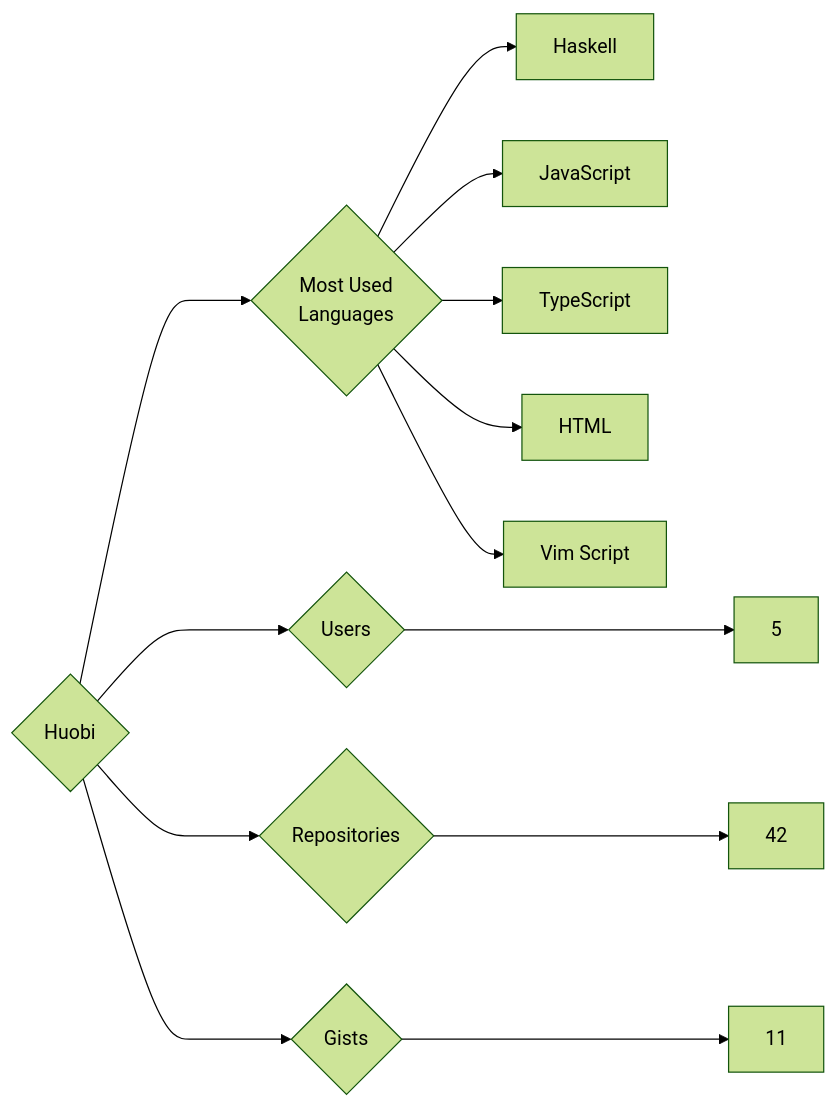
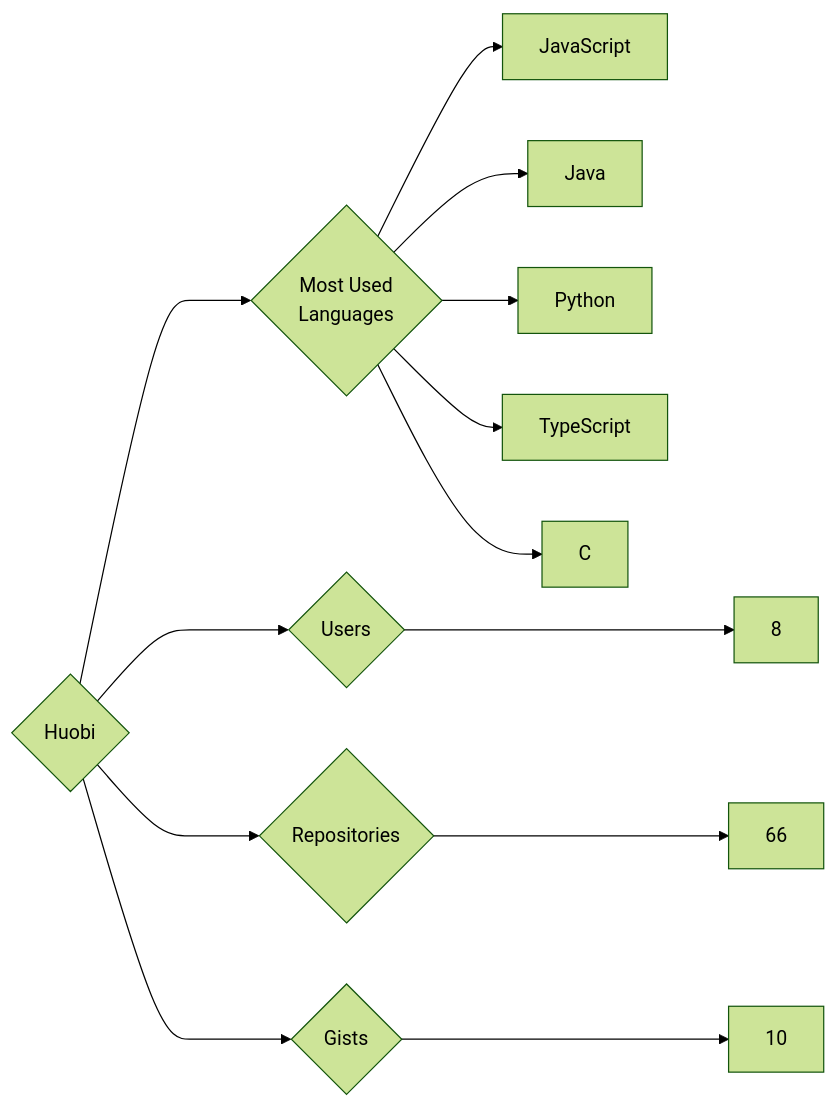
The diagram in targets/Huobi/README.md (trickest/insiders), drawn with Mermaid (forest theme) before and after one commit. The commit also changed 1175 other files, not shown here.

````diff
--- a/targets/Huobi/README.md
+++ b/targets/Huobi/README.md
@@ -3,13 +3,13 @@
 ```mermaid
 graph LR
 COMPANY_NAME{Huobi}
-COMPANY_NAME ---> U{Users} ---> UN[5]
-COMPANY_NAME ---> R{Repositories} ---> RN[42]
-COMPANY_NAME ---> G{Gists} ---> GN[11]
+COMPANY_NAME ---> U{Users} ---> UN[8]
+COMPANY_NAME ---> R{Repositories} ---> RN[66]
+COMPANY_NAME ---> G{Gists} ---> GN[10]
 COMPANY_NAME ---> ML{Most Used<br>Languages}
-ML --> Haskell[Haskell]
 ML --> JavaScript[JavaScript]
+ML --> Java[Java]
+ML --> Python[Python]
 ML --> TypeScript[TypeScript]
-ML --> HTML[HTML]
-ML --> Vim_Script[Vim Script]
+ML --> C[C]
 ```
````
